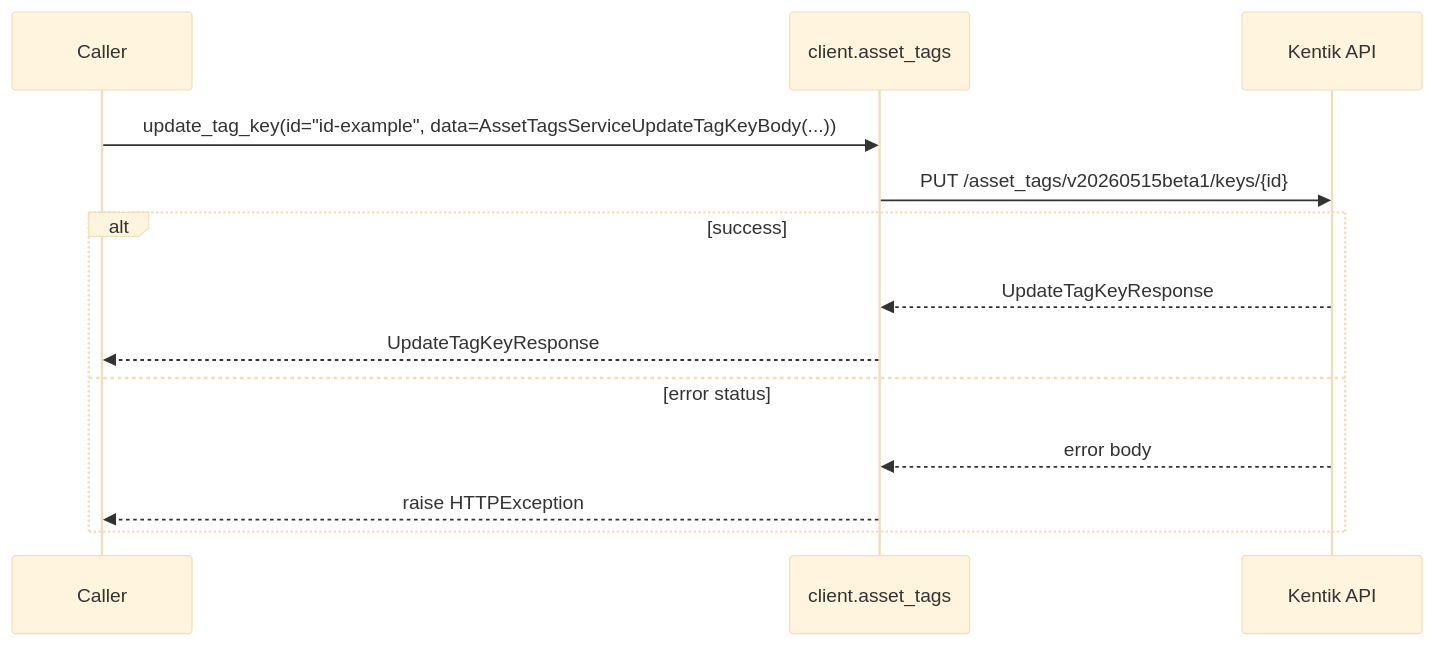
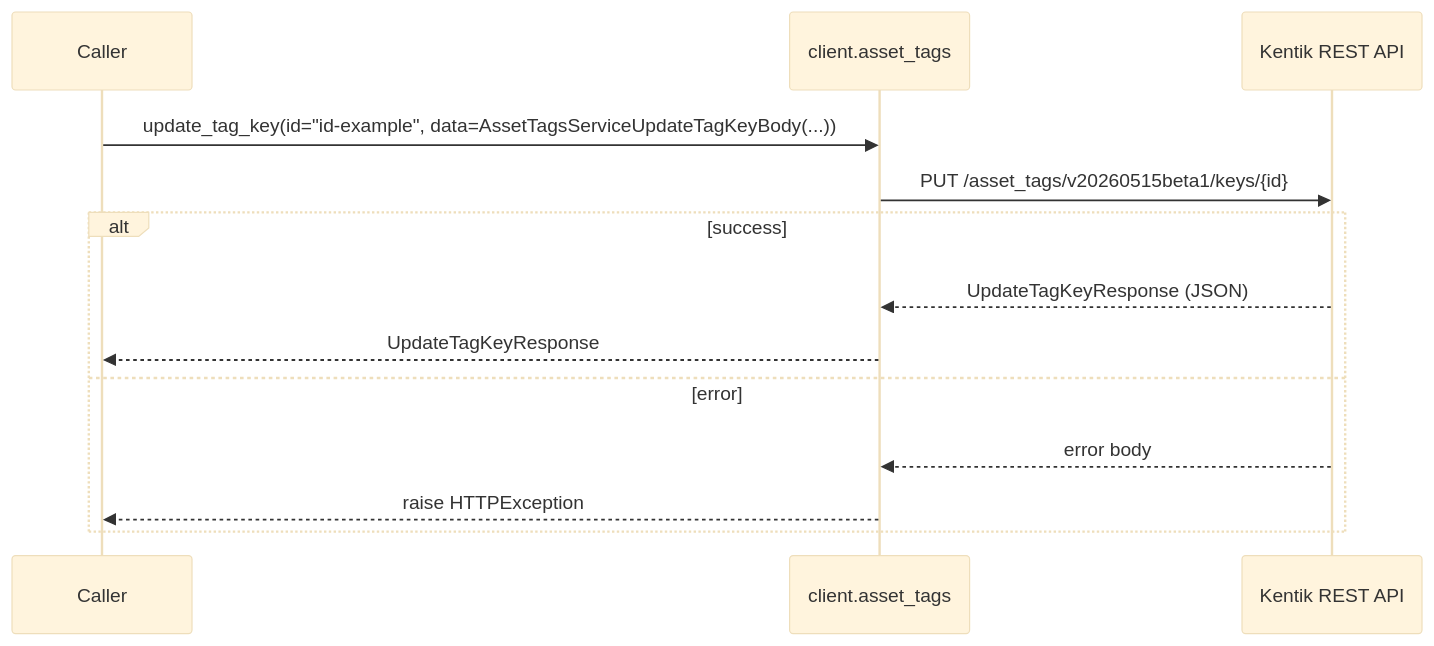
Before and after one commit to alexdearaujo/community_sdk_python: the tenth of 20 diagrams in docs/sphinx/services/asset_tags.md, drawn with Mermaid (base theme). The commit also changed other lines of this file and 61 other files, not shown here.

````diff
--- a/docs/sphinx/services/asset_tags.md
+++ b/docs/sphinx/services/asset_tags.md
@@ -227,16 +329,16 @@
 ```mermaid
 sequenceDiagram
     participant C as Caller
     participant W as client.asset_tags
-    participant API as Kentik API
+    participant API as Kentik REST API
 
     C->>W: update_tag_key(id="id-example", data=AssetTagsServiceUpdateTagKeyBody(...))
     W->>API: PUT /asset_tags/v20260515beta1/keys/{id}
     alt success
-        API-->>W: UpdateTagKeyResponse
+        API-->>W: UpdateTagKeyResponse (JSON)
         W-->>C: UpdateTagKeyResponse
-    else error status
+    else error
         API-->>W: error body
         W-->>C: raise HTTPException
     end
 ```
````
